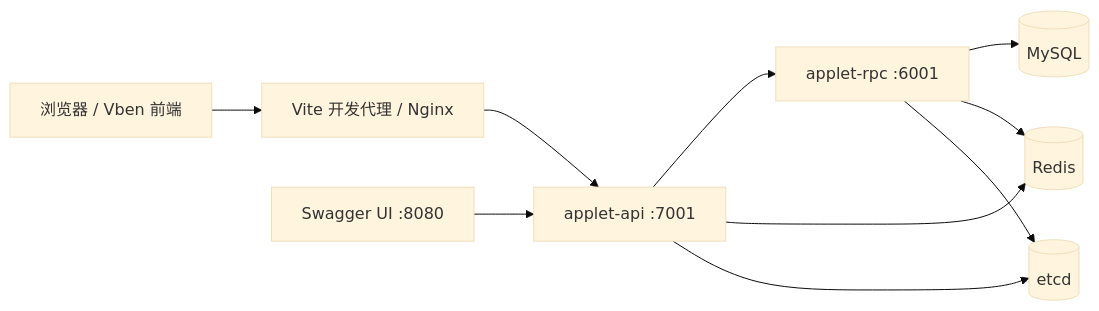
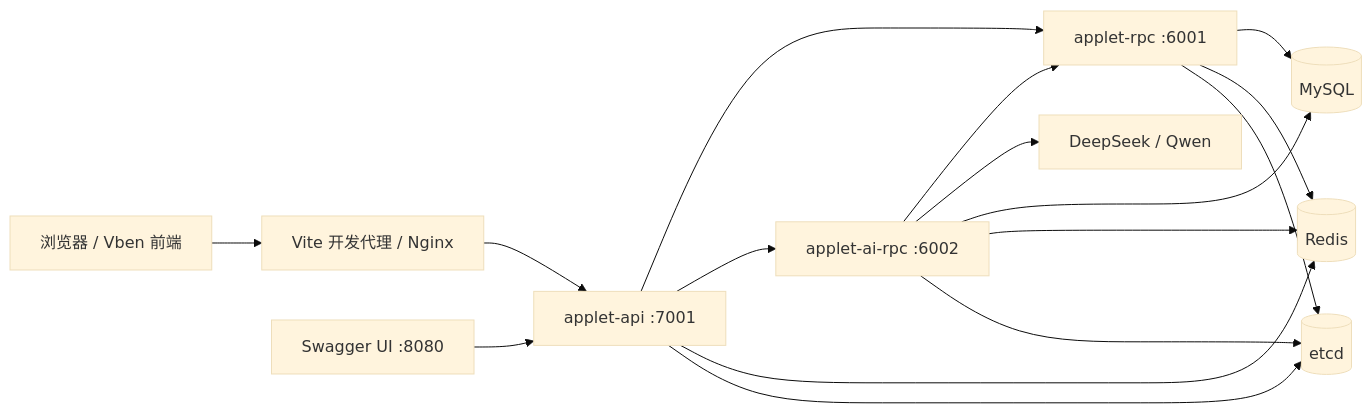
One commit to yh-zero/go-zero-admin changed the diagram in README.md. Above: the diagram before and after it, drawn with Mermaid (base theme). The commit also changed other lines of this file and 104 other files, not shown here.

````diff
--- a/README.md
+++ b/README.md
@@ -77,12 +81,18 @@
 ```mermaid
 flowchart LR
     Browser[浏览器 / Vben 前端] --> Proxy[Vite 开发代理 / Nginx]
     Proxy --> API[applet-api :7001]
     Swagger[Swagger UI :8080] --> API
     API --> RPC[applet-rpc :6001]
+    API --> AI[applet-ai-rpc :6002]
+    AI --> RPC
+    AI --> Provider[DeepSeek / Qwen]
     RPC --> MySQL[(MySQL)]
+    AI --> MySQL
     API --> Redis[(Redis)]
     RPC --> Redis
+    AI --> Redis
     API --> Etcd[(etcd)]
     RPC --> Etcd
+    AI --> Etcd
 ```
````
